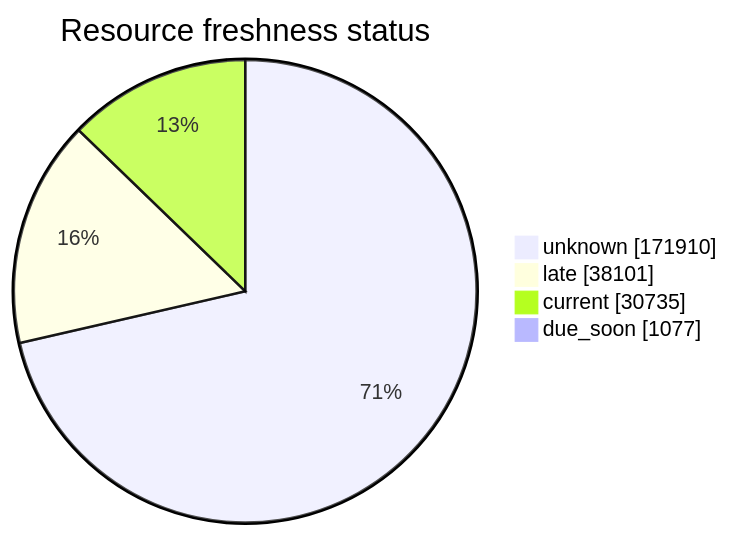
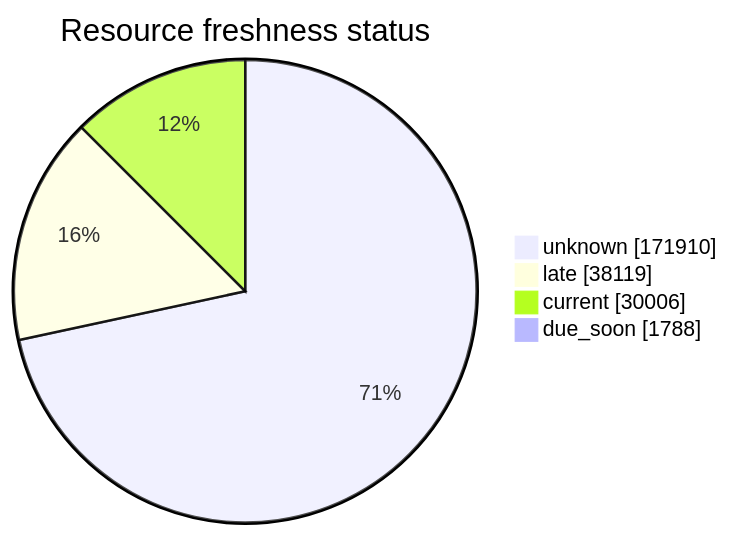
The third of 5 diagrams in FreshCheck/README.md (open-data/analytics-corporate-reporting), drawn with Mermaid before and after one commit. The commit also changed other lines of this file and 3 other files, not shown here.

````diff
--- a/FreshCheck/README.md
+++ b/FreshCheck/README.md
@@ -77,7 +77,7 @@
 ```mermaid
 pie showData title Resource freshness status
     "unknown": 171910
-    "late": 38101
-    "current": 30735
-    "due_soon": 1077
+    "late": 38119
+    "current": 30006
+    "due_soon": 1788
 ```
````
